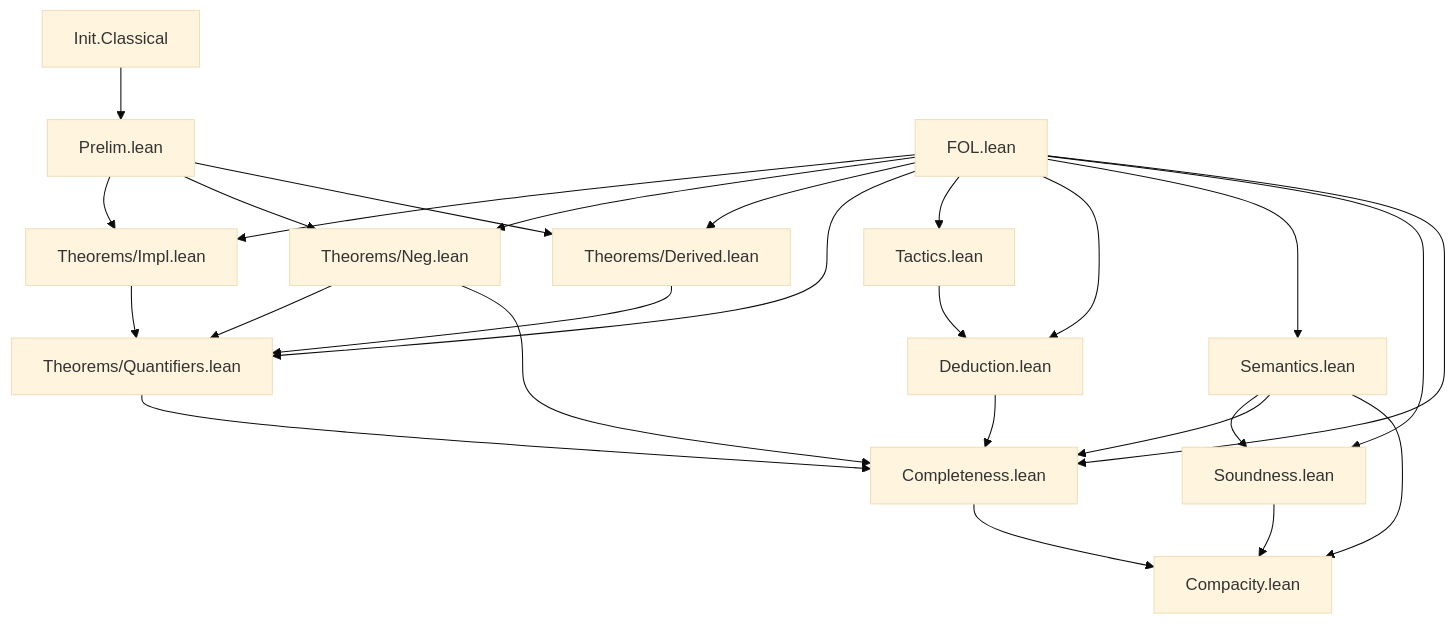
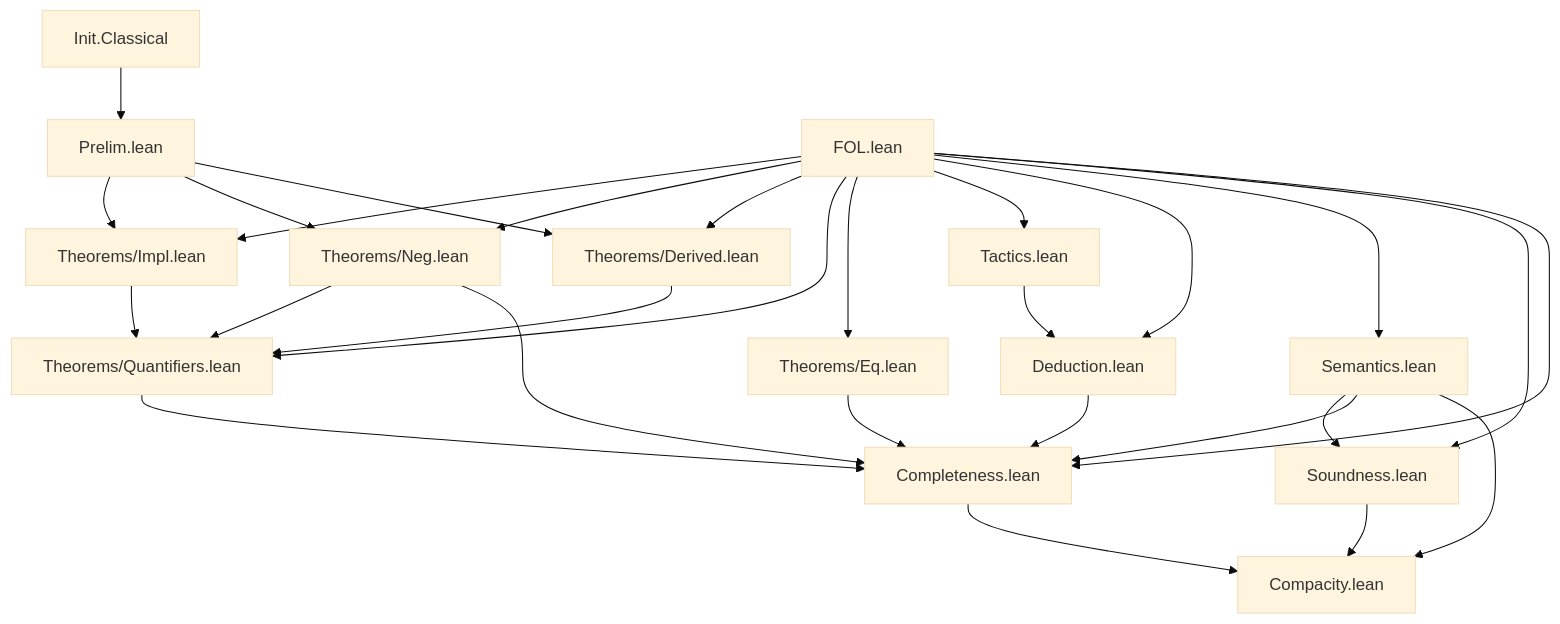
One commit to julian1c2a/FOL changed the diagram in REFERENCE.md. Above: the diagram before and after it, drawn with Mermaid (base theme). The commit also changed other lines of this file and 3 other files, not shown here.

````diff
--- a/REFERENCE.md
+++ b/REFERENCE.md
@@ -110,28 +111,31 @@
 ```mermaid
 graph TD
     IC[Init.Classical] --> P[Prelim.lean]
+    F[FOL.lean]
     P --> I[Theorems/Impl.lean]
-    F[FOL.lean] --> I
+    F --> I
     P --> N[Theorems/Neg.lean]
     F --> N
     P --> D[Theorems/Derived.lean]
     F --> D
     I --> Q[Theorems/Quantifiers.lean]
     N --> Q
     D --> Q
     F --> Q
+    F --> Eq[Theorems/Eq.lean]
     F --> T[Tactics.lean]
     F --> Ded[Deduction.lean]
     T --> Ded
     F --> Sem[Semantics.lean]
     Sem --> S[Soundness.lean]
     F --> S
+    Eq --> C
     Sem --> C[Completeness.lean]
     Ded --> C
     N --> C
     Q --> C
     F --> C
     C --> Comp[Compacity.lean]
     S --> Comp
     Sem --> Comp
 ```
````
